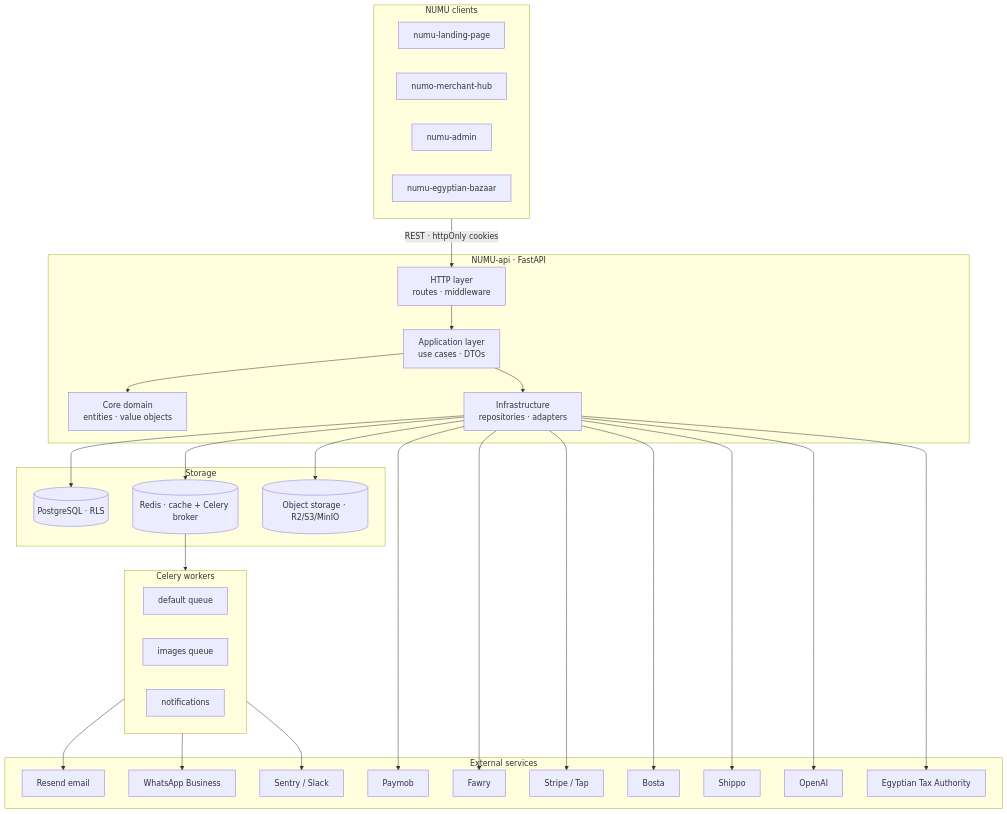
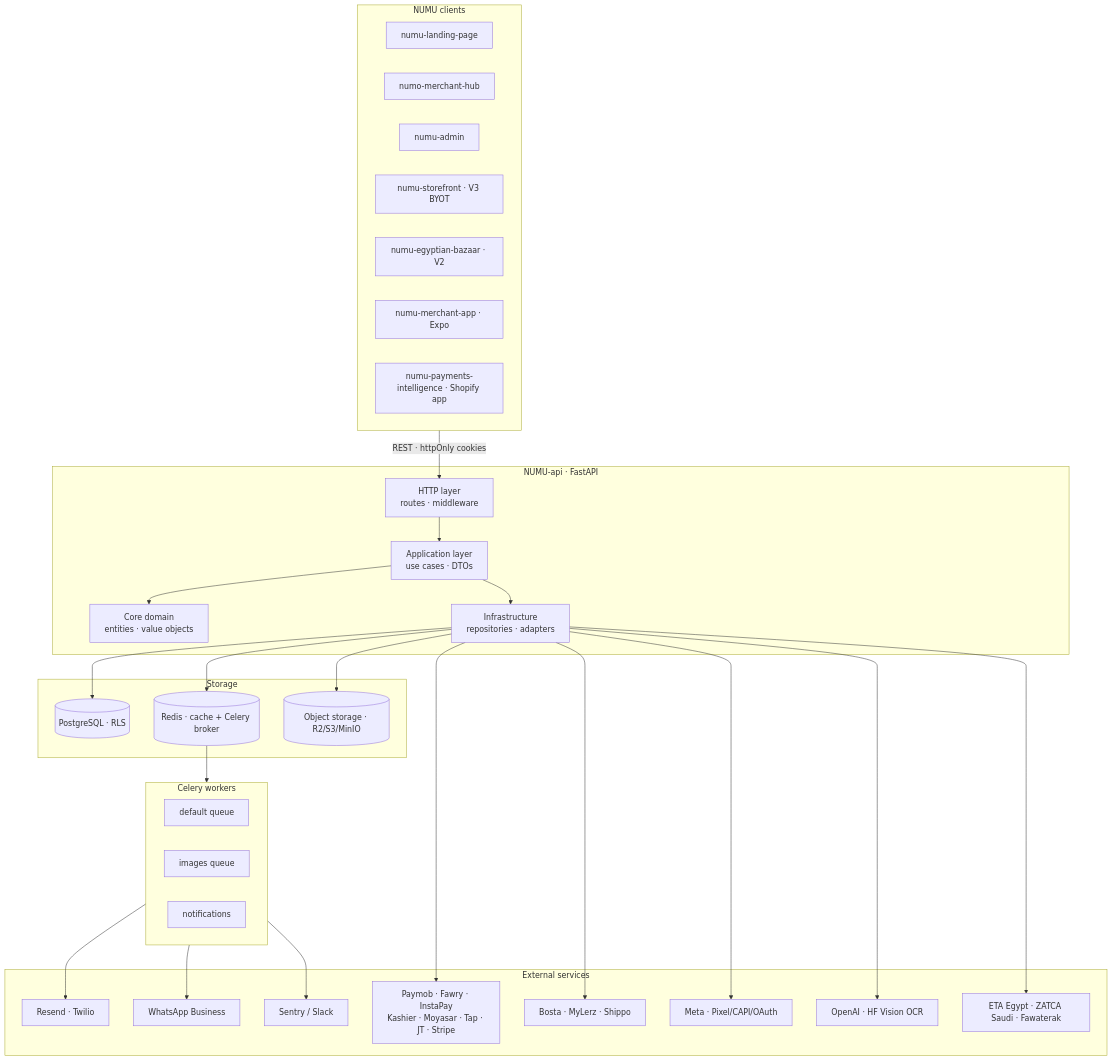
The first of 5 diagrams in README.md (NUMU-IO/NUMU-api), drawn with Mermaid before and after one commit. The commit also changed other lines of this file, not shown here.

````diff
--- a/README.md
+++ b/README.md
@@ -29,59 +29,58 @@
 ```mermaid
 flowchart TB
   subgraph Clients["NUMU clients"]
     LP[numu-landing-page]
     MH[numo-merchant-hub]
     AD[numu-admin]
-    BZ[numu-egyptian-bazaar]
+    SF[numu-storefront · V3 BYOT]
+    BZ[numu-egyptian-bazaar · V2]
+    MA[numu-merchant-app · Expo]
+    PI[numu-payments-intelligence · Shopify app]
   end
 
   subgraph API["NUMU-api · FastAPI"]
     HTTP[HTTP layer<br/>routes · middleware]
     APP[Application layer<br/>use cases · DTOs]
     CORE[Core domain<br/>entities · value objects]
     INFRA[Infrastructure<br/>repositories · adapters]
   end
 
   subgraph Storage["Storage"]
     DB[(PostgreSQL · RLS)]
     R[(Redis · cache + Celery broker)]
     OS[(Object storage · R2/S3/MinIO)]
   end
 
   subgraph Workers["Celery workers"]
     W1[default queue]
     W2[images queue]
     W3[notifications]
   end
 
   subgraph External["External services"]
-    PM[Paymob]
-    FW[Fawry]
-    ST[Stripe / Tap]
-    BO[Bosta]
-    SH[Shippo]
-    RS[Resend email]
+    PM[Paymob · Fawry · InstaPay<br/>Kashier · Moyasar · Tap · JT · Stripe]
+    BO[Bosta · MyLerz · Shippo]
+    RS[Resend · Twilio]
     WA[WhatsApp Business]
-    OAI[OpenAI]
-    ETA[Egyptian Tax Authority]
+    MT[Meta · Pixel/CAPI/OAuth]
+    OAI[OpenAI · HF Vision OCR]
+    ETA[ETA Egypt · ZATCA Saudi · Fawaterak]
     SE[Sentry / Slack]
   end
 
   Clients -- "REST · httpOnly cookies" --> HTTP
   HTTP --> APP --> CORE
   APP --> INFRA
   INFRA --> DB
   INFRA --> R
   INFRA --> OS
   R --> Workers
   Workers --> RS
   Workers --> WA
   Workers --> SE
   INFRA --> PM
-  INFRA --> FW
-  INFRA --> ST
   INFRA --> BO
-  INFRA --> SH
+  INFRA --> MT
   INFRA --> OAI
   INFRA --> ETA
 ```
````
